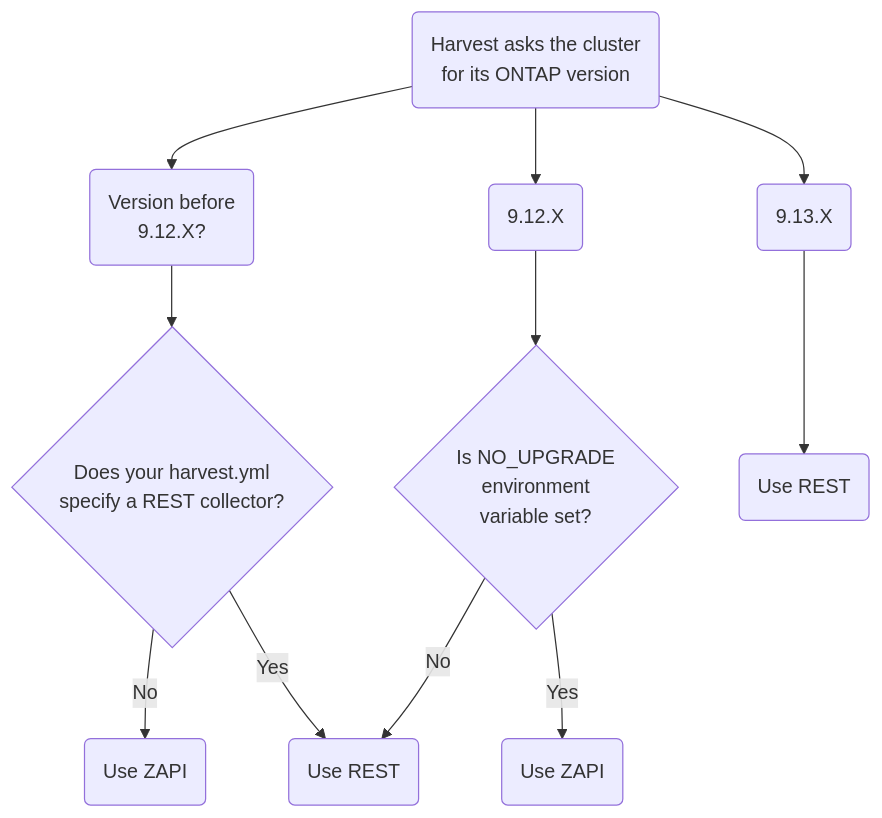
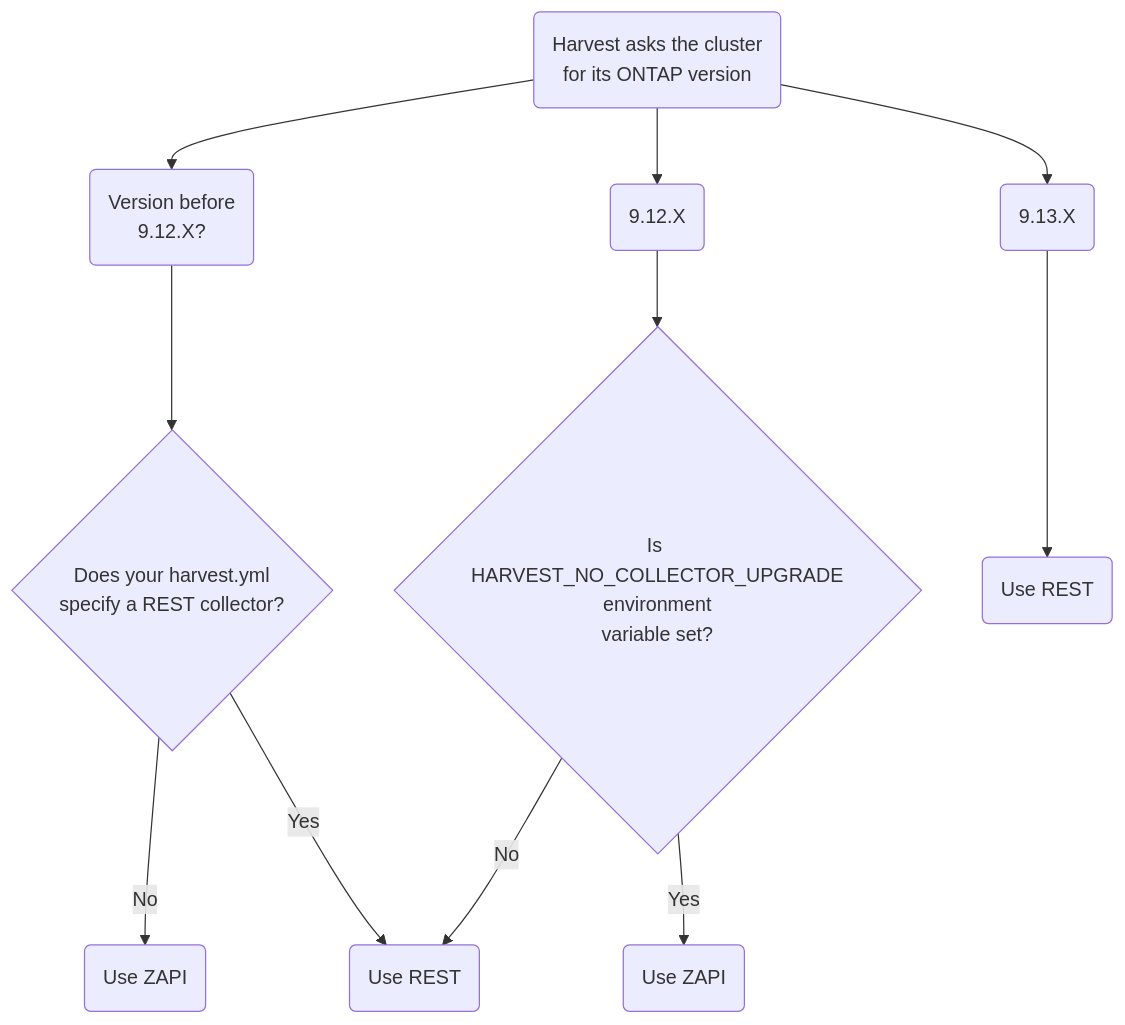
Before and after one commit to NetApp/harvest: the diagram in docs/architecture/rest-strategy.md, drawn with Mermaid.

Commit message:
Change env_var in diagram to match code

````diff
--- a/docs/architecture/rest-strategy.md
+++ b/docs/architecture/rest-strategy.md
@@ -37,16 +37,16 @@
 ```mermaid
 graph TD
 A(Harvest asks the cluster<br>for its ONTAP version) --> B(Version before<br>9.12.X?)
 A --> C(9.12.X)
 A --> D(9.13.X)
 
 B --> AA{Does your harvest.yml<br>specify a REST collector?}
 AA -->|No| F(Use ZAPI) 
 AA -->|Yes|G(Use REST)
 
-C --> CC{Is NO_UPGRADE<br>environment<br>variable set?}
+C --> CC{Is HARVEST_NO_COLLECTOR_UPGRADE<br>environment<br>variable set?}
 CC --> |No| G
 CC --> |Yes|CZ(Use ZAPI) 
 
 D --> X(Use REST)
 ```
````
